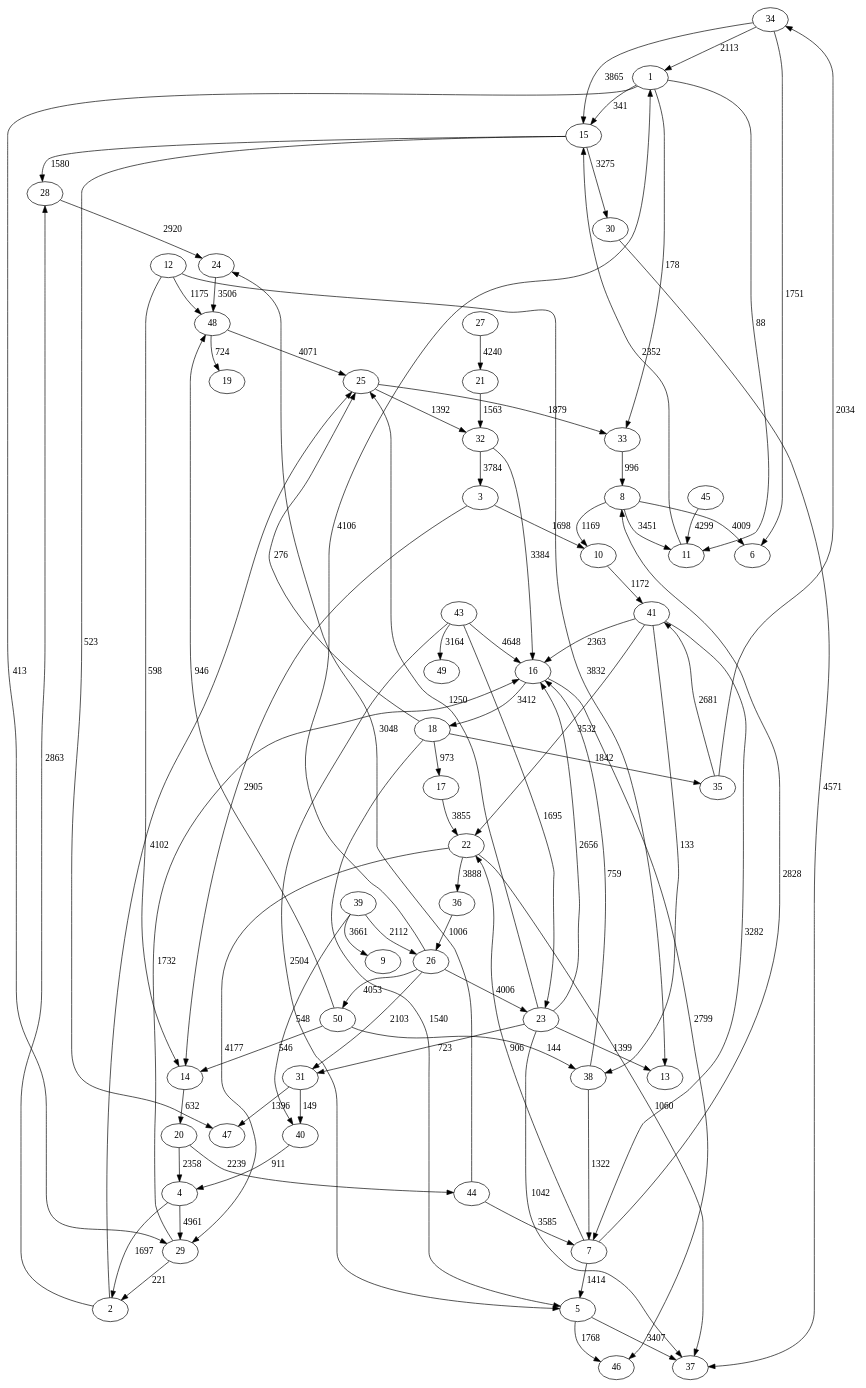
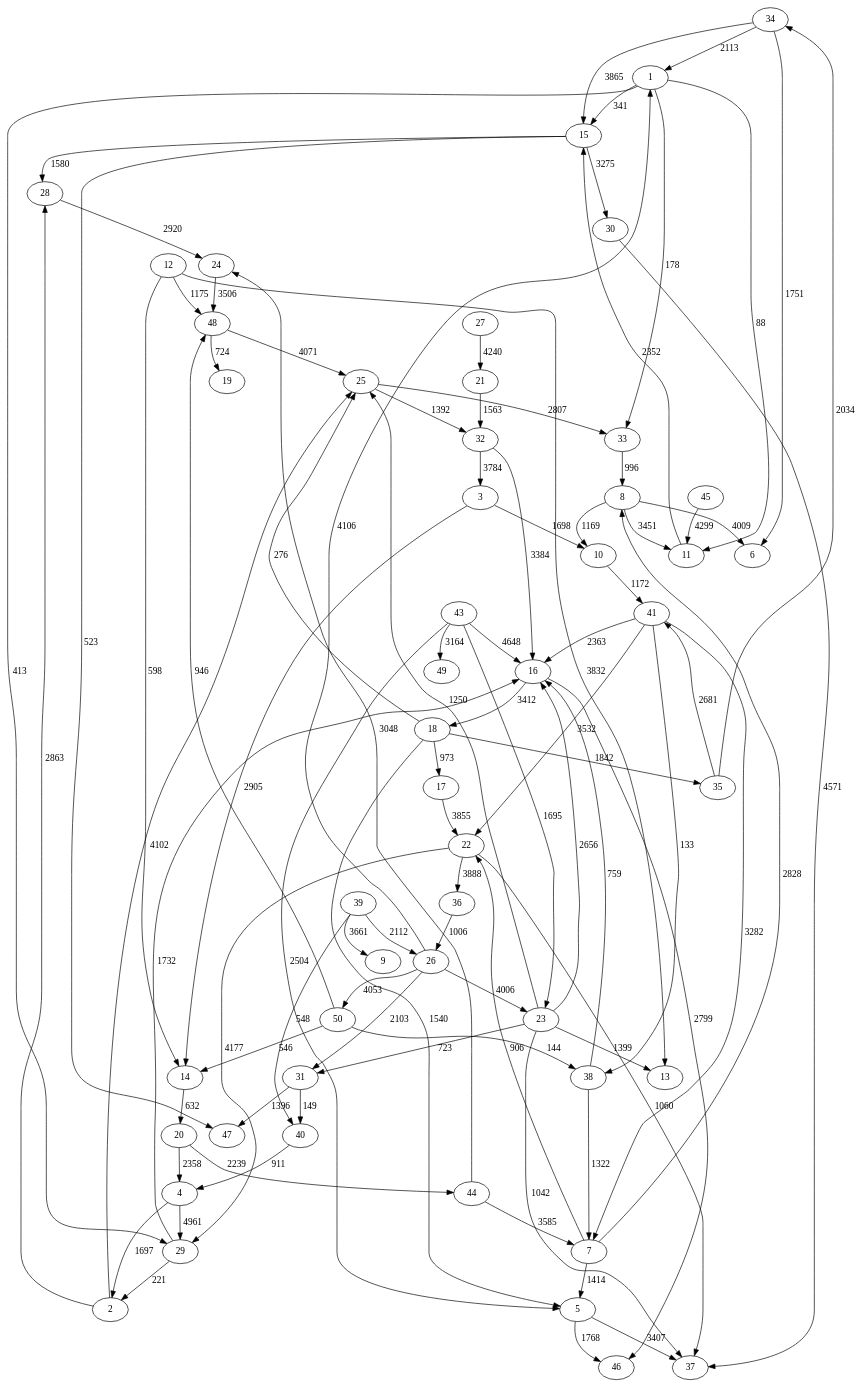
One commit to pedrovanzella/grafo-cpmf changed the diagram in docs/test_7.input.dot. Above: the diagram before and after it, drawn with Graphviz. The commit also changed 6 other files, not shown here.

```diff
--- a/docs/test_7.input.dot
+++ b/docs/test_7.input.dot
@@ -1,92 +1,92 @@
 strict digraph  {
 	34 -> 1	 [label=2113];
 	34 -> 15	 [label=3865];
 	34 -> 6	 [label=1751];
 	1 -> 15	 [label=341];
 	1 -> 33	 [label=178];
 	1 -> 11	 [label=88];
 	1 -> 29	 [label=413];
 	15 -> 47	 [label=523];
 	15 -> 28	 [label=1580];
 	15 -> 30	 [label=3275];
 	33 -> 8	 [label=996];
 	11 -> 15	 [label=2352];
 	29 -> 16	 [label=1732];
 	29 -> 2	 [label=221];
 	50 -> 38	 [label=144];
 	50 -> 14	 [label=546];
 	50 -> 48	 [label=946];
 	38 -> 7	 [label=1322];
 	38 -> 16	 [label=759];
 	14 -> 20	 [label=632];
 	48 -> 25	 [label=4071];
 	48 -> 19	 [label=724];
 	7 -> 5	 [label=1414];
 	7 -> 22	 [label=906];
 	7 -> 8	 [label=2828];
 	16 -> 18	 [label=3412];
 	16 -> 46	 [label=2799];
 	28 -> 24	 [label=2920];
 	30 -> 37	 [label=4571];
 	12 -> 14	 [label=598];
 	12 -> 48	 [label=1175];
 	12 -> 13	 [label=3832];
-	25 -> 33	 [label=1879];
+	25 -> 33	 [label=2807];
 	25 -> 32	 [label=1392];
 	32 -> 16	 [label=3384];
 	32 -> 3	 [label=3784];
 	3 -> 14	 [label=2905];
 	3 -> 10	 [label=1698];
 	35 -> 34	 [label=2034];
 	35 -> 41	 [label=2681];
 	41 -> 38	 [label=133];
 	41 -> 7	 [label=3282];
 	41 -> 16	 [label=2363];
 	41 -> 22	 [label=3532];
 	20 -> 4	 [label=2358];
 	20 -> 44	 [label=2239];
 	4 -> 29	 [label=4961];
 	4 -> 2	 [label=1697];
 	44 -> 7	 [label=3585];
 	44 -> 24	 [label=3048];
 	2 -> 28	 [label=2863];
 	2 -> 25	 [label=4102];
 	24 -> 48	 [label=3506];
 	43 -> 16	 [label=4648];
 	43 -> 23	 [label=1695];
 	43 -> 49	 [label=3164];
 	43 -> 5	 [label=2504];
 	23 -> 16	 [label=2656];
 	23 -> 13	 [label=1399];
 	23 -> 25	 [label=1250];
 	23 -> 31	 [label=723];
 	23 -> 37	 [label=1042];
 	5 -> 37	 [label=3407];
 	5 -> 46	 [label=1768];
 	31 -> 47	 [label=1396];
 	31 -> 40	 [label=149];
 	10 -> 41	 [label=1172];
 	39 -> 9	 [label=3661];
 	39 -> 26	 [label=2112];
 	39 -> 40	 [label=548];
 	26 -> 1	 [label=4106];
 	26 -> 50	 [label=4053];
 	26 -> 23	 [label=4006];
 	26 -> 31	 [label=2103];
 	40 -> 4	 [label=911];
 	18 -> 25	 [label=276];
 	18 -> 35	 [label=1842];
 	18 -> 5	 [label=1540];
 	18 -> 17	 [label=973];
 	22 -> 29	 [label=4177];
 	22 -> 37	 [label=1060];
 	22 -> 36	 [label=3888];
 	8 -> 6	 [label=4009];
 	8 -> 11	 [label=3451];
 	8 -> 10	 [label=1169];
 	36 -> 26	 [label=1006];
 	17 -> 22	 [label=3855];
 	21 -> 32	 [label=1563];
 	27 -> 21	 [label=4240];
 	45 -> 11	 [label=4299];
 }
```
